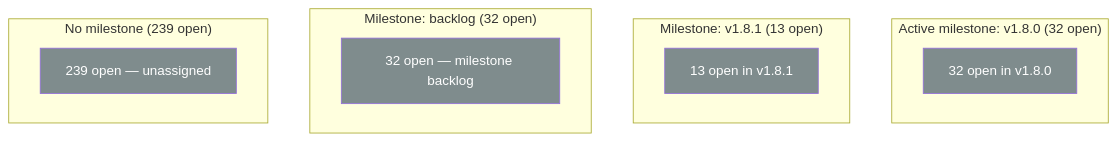
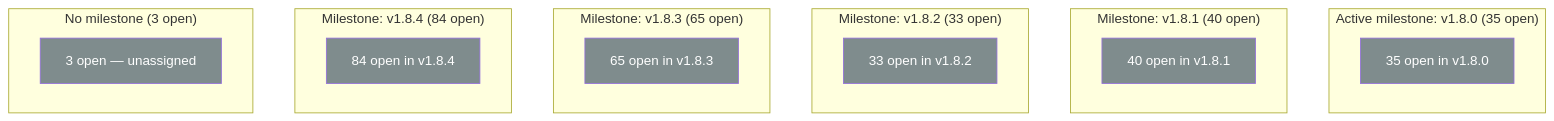
Before and after one commit to DataBoar/data-boar: the diagram in docs/ops/ISSUE_QUEUE_SEQUENCING_MAP.md, drawn with Mermaid. The commit also changed other lines of this file and 4 other files, not shown here.

````diff
--- a/docs/ops/ISSUE_QUEUE_SEQUENCING_MAP.md
+++ b/docs/ops/ISSUE_QUEUE_SEQUENCING_MAP.md
@@ -11,24 +11,32 @@
 ```mermaid
 flowchart TD
 
-subgraph ACTIVE_MS["Active milestone: v1.8.0 (32 open)"]
-  v180_all["32 open in v1.8.0"]:::p3
+subgraph ms_1["Active milestone: v1.8.0 (35 open)"]
+  n1["35 open in v1.8.0"]:::p3
 end
 
-subgraph NEXT_MS["Milestone: v1.8.1 (13 open)"]
-  v181_all["13 open in v1.8.1"]:::p3
+subgraph ms_2["Milestone: v1.8.1 (40 open)"]
+  n2["40 open in v1.8.1"]:::p3
 end
 
-subgraph BACKLOG_MS["Milestone: backlog (32 open)"]
-  backlog_node["32 open — milestone backlog"]:::p3
+subgraph ms_3["Milestone: v1.8.2 (33 open)"]
+  n3["33 open in v1.8.2"]:::p3
 end
 
-subgraph UNASSIGNED["No milestone (239 open)"]
-  unassigned_node["239 open — unassigned"]:::p3
+subgraph ms_4["Milestone: v1.8.3 (65 open)"]
+  n4["65 open in v1.8.3"]:::p3
+end
+
+subgraph ms_5["Milestone: v1.8.4 (84 open)"]
+  n5["84 open in v1.8.4"]:::p3
+end
+
+subgraph unassigned["No milestone (3 open)"]
+  n6["3 open — unassigned"]:::p3
 end
 
 classDef p0 fill:#c0392b,color:#fff
 classDef p1 fill:#e67e22,color:#fff
 classDef p2 fill:#2980b9,color:#fff
 classDef p3 fill:#7f8c8d,color:#fff
 ```
````
